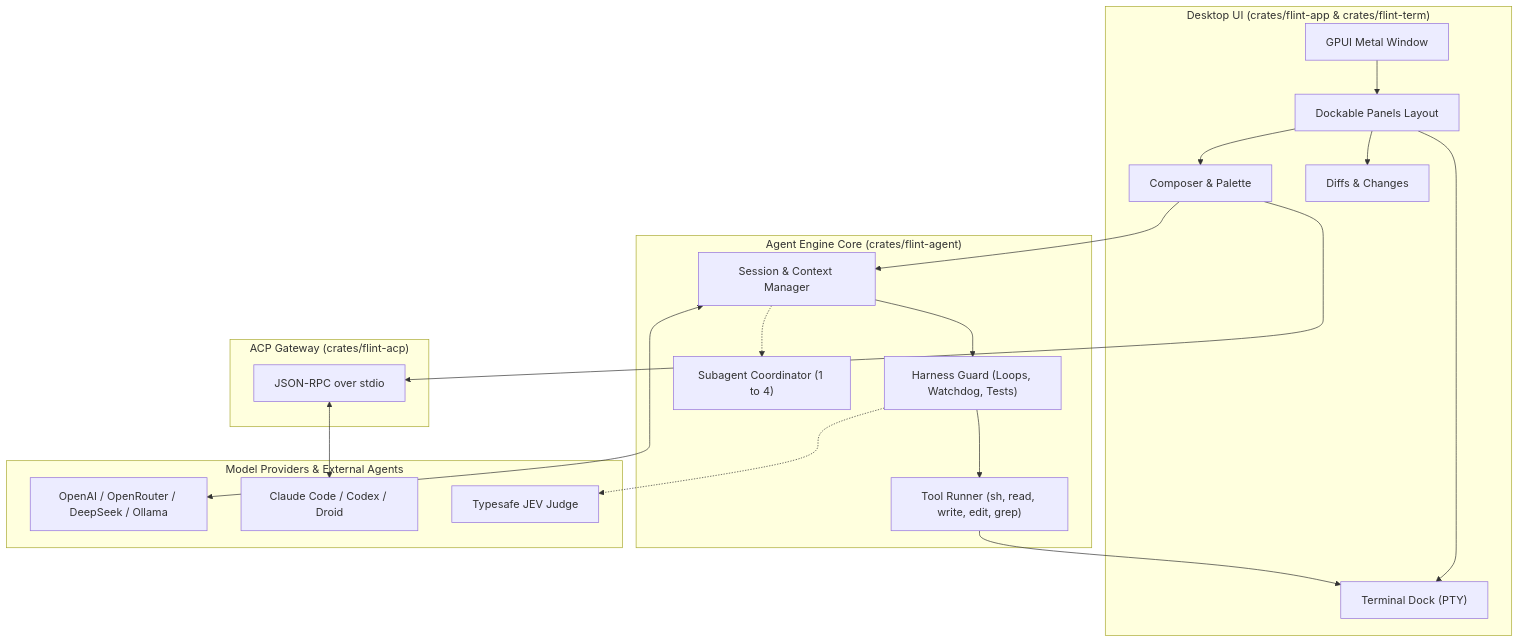
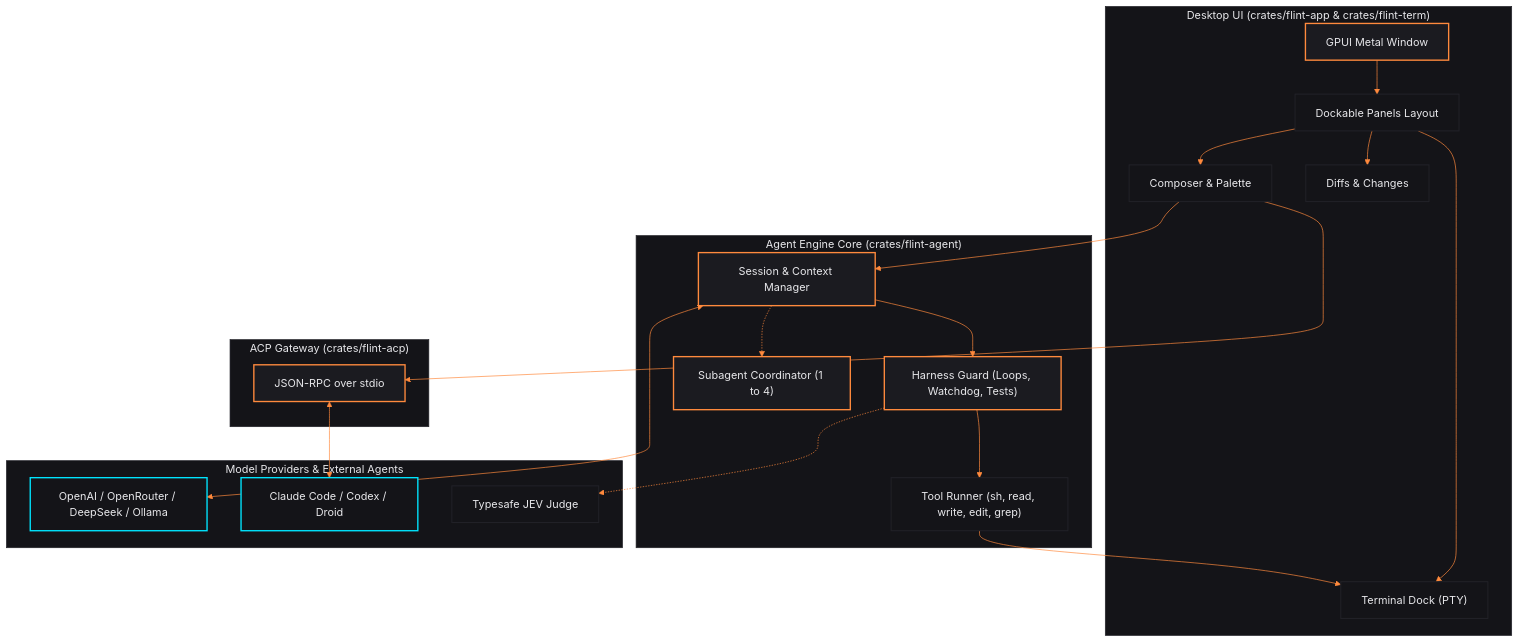
One commit to DevvGwardo/flint changed the first of 4 diagrams in README.md. Above: the diagram before and after it, drawn with Mermaid. The commit also changed other lines of this file and 1 other file, not shown here.

Commit message:
docs: apply Hermes brand styling and themes to all Mermaid diagrams

````diff
--- a/README.md
+++ b/README.md
@@ -91,35 +91,61 @@
 ```mermaid
+%%{init: {
+  'theme': 'base',
+  'themeVariables': {
+    'darkMode': true,
+    'primaryColor': '#1b1b20',
+    'primaryTextColor': '#e7e7ea',
+    'primaryBorderColor': '#ff8a3d',
+    'lineColor': '#ff8a3d',
+    'secondaryColor': '#141418',
+    'tertiaryColor': '#0e0e10',
+    'mainBkg': '#141418',
+    'nodeBorder': '#ff8a3d',
+    'clusterBkg': '#141418',
+    'clusterBorder': '#222228',
+    'defaultLinkColor': '#ff8a3d',
+    'titleColor': '#e7e7ea',
+    'edgeLabelBackground': '#1b1b20'
+  }
+}}%%
 graph TD
+    classDef default fill:#141418,stroke:#222228,stroke-width:1.5px,color:#e7e7ea;
+    classDef ember fill:#1b1b20,stroke:#ff8a3d,stroke-width:2px,color:#e7e7ea;
+    classDef cyan fill:#141418,stroke:#00e5ff,stroke-width:2px,color:#e7e7ea;
+
     subgraph UI ["Desktop UI (crates/flint-app & crates/flint-term)"]
         GPUI["GPUI Metal Window"] --> Panels["Dockable Panels Layout"]
         Panels --> Composer["Composer & Palette"]
         Panels --> Diffs["Diffs & Changes"]
         Panels --> Terminal["Terminal Dock (PTY)"]
     end
 
     subgraph Core ["Agent Engine Core (crates/flint-agent)"]
         Engine["Session & Context Manager"]
         Guard["Harness Guard (Loops, Watchdog, Tests)"]
         Tools["Tool Runner (sh, read, write, edit, grep)"]
         Subagents["Subagent Coordinator (1 to 4)"]
         Engine --> Guard --> Tools
         Engine -.-> Subagents
     end
 
     subgraph ACP ["ACP Gateway (crates/flint-acp)"]
         Bridge["JSON-RPC over stdio"]
     end
 
     subgraph Providers ["Model Providers & External Agents"]
         Endpoints["OpenAI / OpenRouter / DeepSeek / Ollama"]
         ExternalAgents["Claude Code / Codex / Droid"]
         JEV["Typesafe JEV Judge"]
     end
 
     Composer --> Engine
     Composer --> Bridge
     Tools --> Terminal
     Engine <--> Endpoints
     Bridge <--> ExternalAgents
     Guard -.-> JEV
+
+    class GPUI,Engine,Guard,Bridge,Subagents ember;
+    class ExternalAgents,Endpoints cyan;
 ```
````
